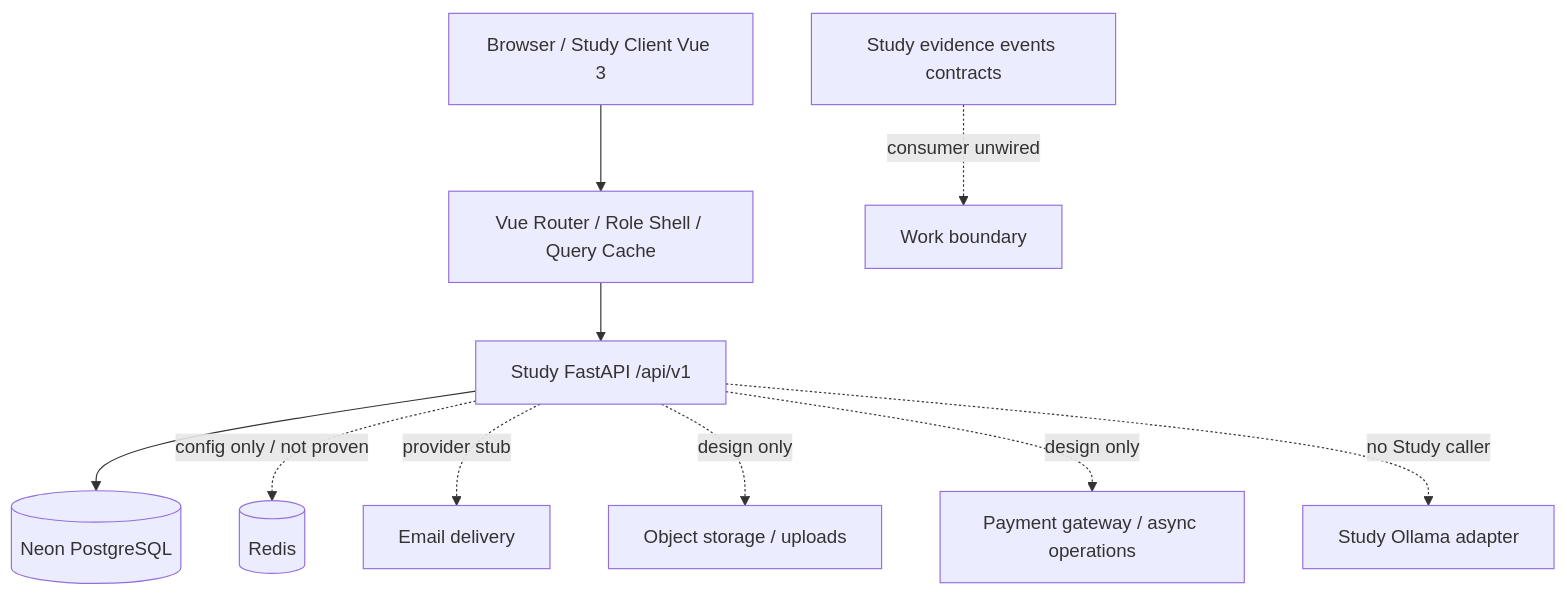
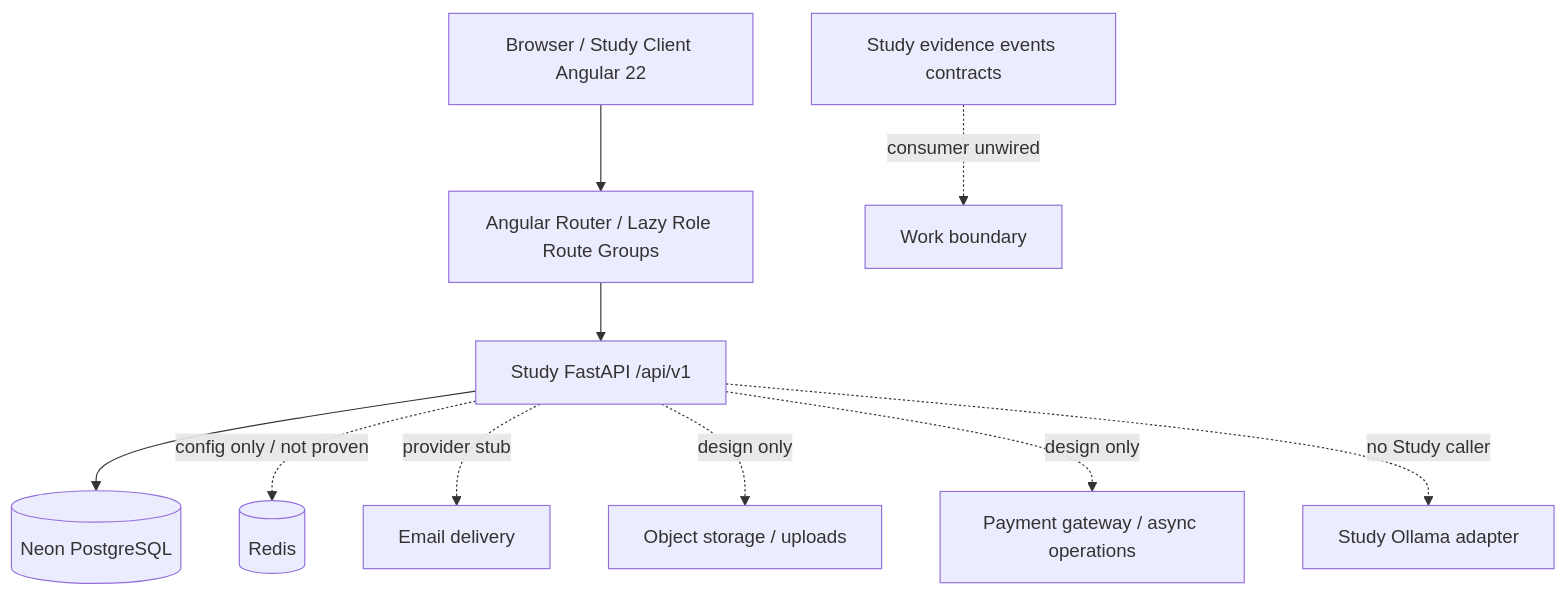
Before and after one commit to daovanhung-dev/Study2Work: the first of 2 diagrams in apps/study-client/docs/list_screen.md, drawn with Mermaid. The commit also changed other lines of this file and 1154 other files, not shown here.

````diff
--- a/apps/study-client/docs/list_screen.md
+++ b/apps/study-client/docs/list_screen.md
@@ -57,12 +66,12 @@
 ```mermaid
 flowchart TD
-  B[Browser / Study Client Vue 3] --> R[Vue Router / Role Shell / Query Cache]
+  B[Browser / Study Client Angular 22] --> R[Angular Router / Lazy Role Route Groups]
   R --> API[Study FastAPI /api/v1]
   API --> DB[(Neon PostgreSQL)]
   API -. config only / not proven .-> REDIS[(Redis)]
   API -. provider stub .-> EMAIL[Email delivery]
   API -. design only .-> STORAGE[Object storage / uploads]
   API -. design only .-> PAY[Payment gateway / async operations]
   STUDY[Study evidence events contracts] -. consumer unwired .-> WORK[Work boundary]
   API -. no Study caller .-> OLLAMA[Study Ollama adapter]
 ```
````
